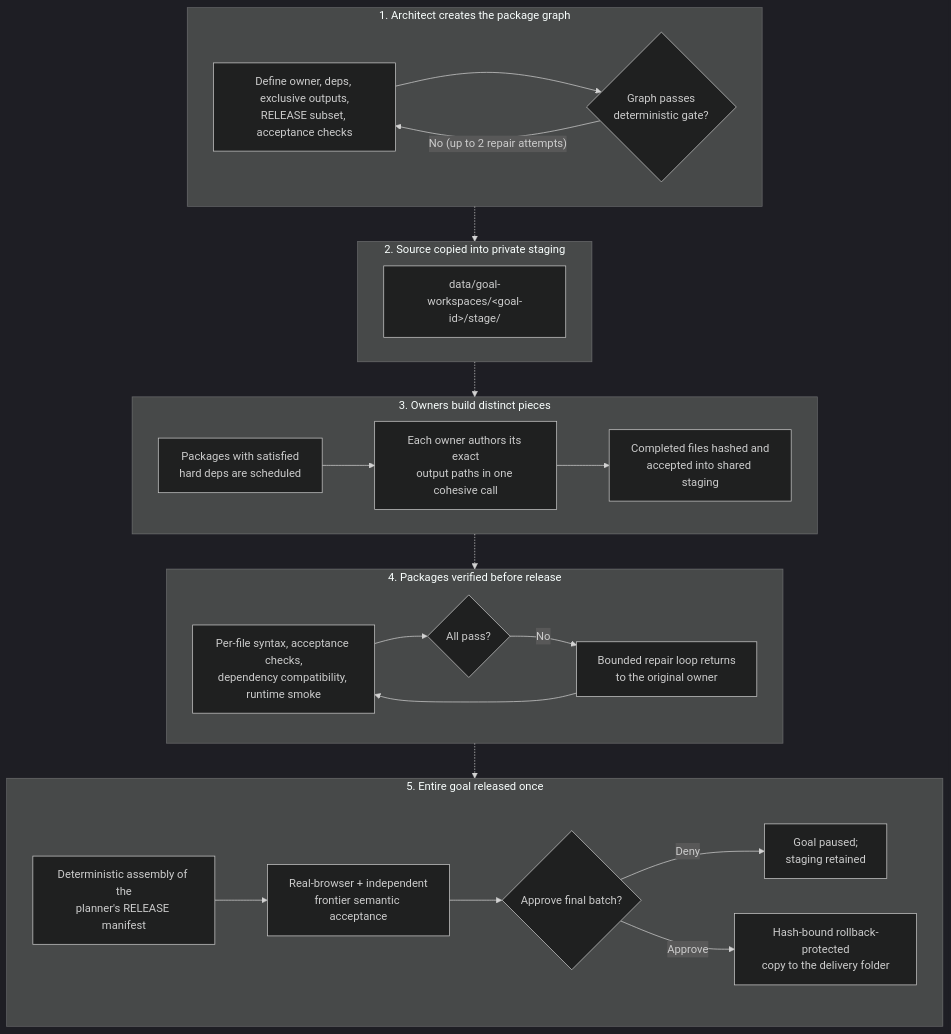
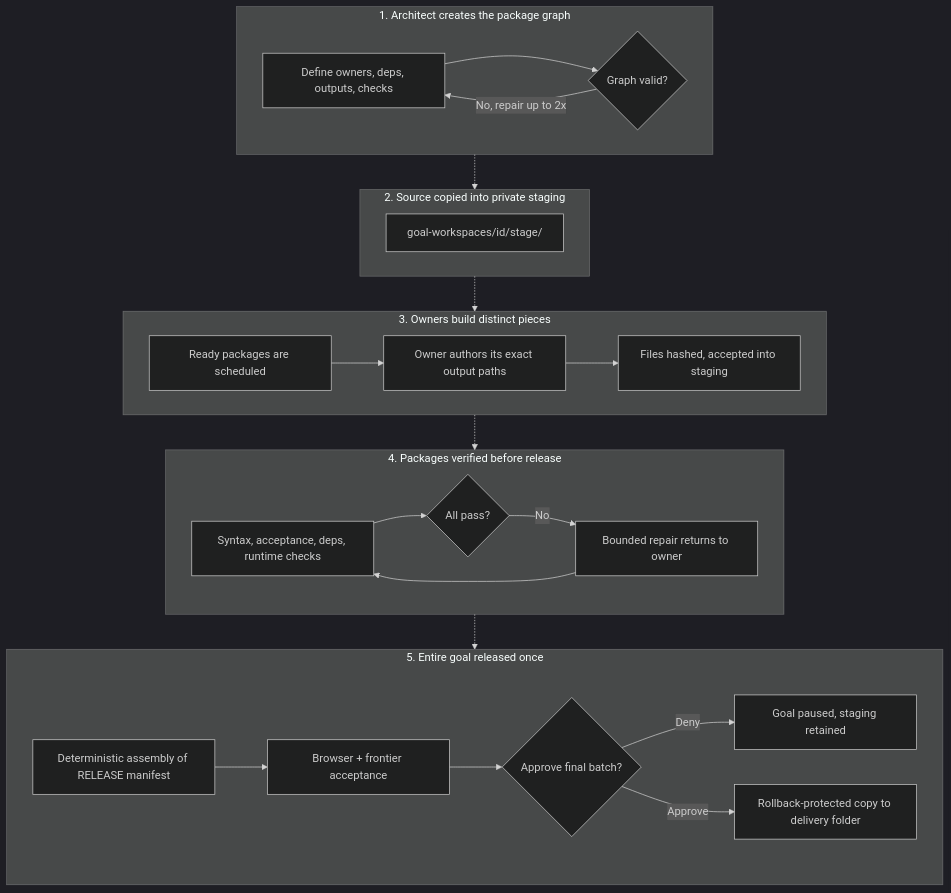
Before and after one commit to Digitalgods2/gangof8: the third of 3 diagrams in README.md, drawn with Mermaid (dark theme). The commit also changed other lines of this file, not shown here.

First line of the commit message:
fix: drop <br/> line breaks in README Mermaid diagrams

````diff
--- a/README.md
+++ b/README.md
@@ -200,30 +200,30 @@
 ```mermaid
 flowchart TD
     subgraph PH1["1. Architect creates the package graph"]
-        B1["Define owner, deps, exclusive outputs,<br/>RELEASE subset, acceptance checks"] --> B2{"Graph passes<br/>deterministic gate?"}
-        B2 -->|"No (up to 2 repair attempts)"| B1
+        B1["Define owners, deps, outputs, checks"] --> B2{"Graph valid?"}
+        B2 -->|"No, repair up to 2x"| B1
     end
 
     subgraph PH2["2. Source copied into private staging"]
-        C1["data/goal-workspaces/&lt;goal-id&gt;/stage/"]
+        C1["goal-workspaces/id/stage/"]
     end
 
     subgraph PH3["3. Owners build distinct pieces"]
-        D1["Packages with satisfied<br/>hard deps are scheduled"] --> D2["Each owner authors its exact<br/>output paths in one cohesive call"]
-        D2 --> D3["Completed files hashed and<br/>accepted into shared staging"]
+        D1["Ready packages are scheduled"] --> D2["Owner authors its exact output paths"]
+        D2 --> D3["Files hashed, accepted into staging"]
     end
 
     subgraph PH4["4. Packages verified before release"]
-        E1["Per-file syntax, acceptance checks,<br/>dependency compatibility, runtime smoke"] --> E2{"All pass?"}
-        E2 -->|No| E3["Bounded repair loop returns<br/>to the original owner"] --> E1
+        E1["Syntax, acceptance, deps, runtime checks"] --> E2{"All pass?"}
+        E2 -->|No| E3["Bounded repair returns to owner"] --> E1
     end
 
     subgraph PH5["5. Entire goal released once"]
-        F1["Deterministic assembly of the<br/>planner's RELEASE manifest"] --> F2["Real-browser + independent<br/>frontier semantic acceptance"]
+        F1["Deterministic assembly of RELEASE manifest"] --> F2["Browser + frontier acceptance"]
         F2 --> F3{"Approve final batch?"}
-        F3 -->|Deny| F4["Goal paused;<br/>staging retained"]
-        F3 -->|Approve| F5["Hash-bound rollback-protected<br/>copy to the delivery folder"]
+        F3 -->|Deny| F4["Goal paused, staging retained"]
+        F3 -->|Approve| F5["Rollback-protected copy to delivery folder"]
     end
 
     PH1 -.-> PH2 -.-> PH3 -.-> PH4 -.-> PH5
 ```
````
